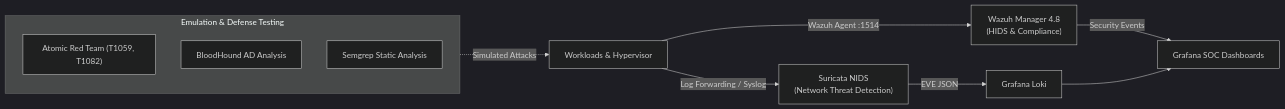
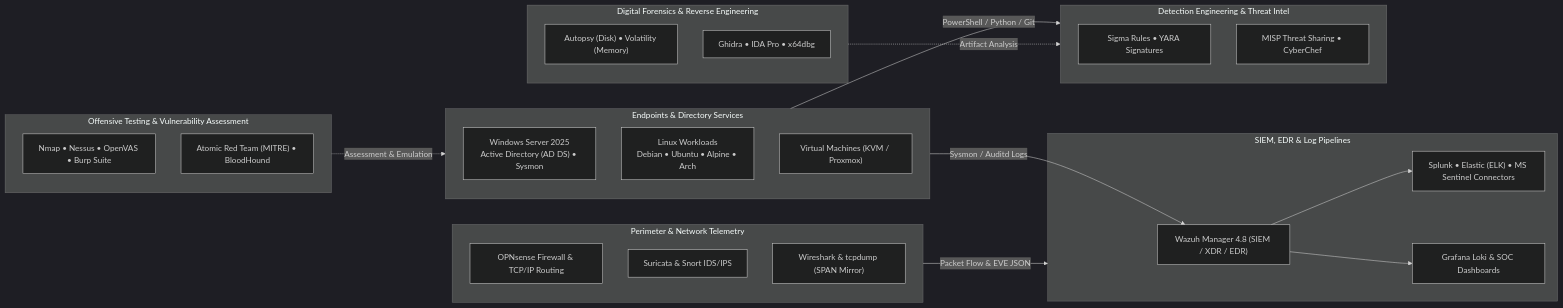
Before and after one commit to stefanutc1/datacenter: the fourth of 5 diagrams in README.md, drawn with Mermaid (dark theme). The commit also changed other lines of this file and 4 other files, not shown here.

First line of the commit message:
docs(cyber): integrate full cybersecurity, SIEM, and DFIR tool matrix

````diff
--- a/README.md
+++ b/README.md
@@ -357,16 +357,43 @@
 ```mermaid
 flowchart LR
-    Nodes["Workloads & Hypervisor"] -->|Log Forwarding / Syslog| Suricata["Suricata NIDS<br/>(Network Threat Detection)"]
-    Nodes -->|Wazuh Agent :1514| Wazuh["Wazuh Manager 4.8<br/>(HIDS & Compliance)"]
-    Suricata -->|EVE JSON| Loki["Grafana Loki"]
-    Wazuh -->|Security Events| Grafana["Grafana SOC Dashboards"]
-    Loki --> Grafana
-    
-    subgraph OffensiveTesting["Emulation & Defense Testing"]
-        Atomic["Atomic Red Team (T1059, T1082)"]
-        BloodHound["BloodHound AD Analysis"]
-        Semgrep["Semgrep Static Analysis"]
+    subgraph Endpoints["Endpoints & Directory Services"]
+        WinAD["Windows Server 2025<br/>Active Directory (AD DS) • Sysmon"]
+        LinuxNodes["Linux Workloads<br/>Debian • Ubuntu • Alpine • Arch"]
+        VMs["Virtual Machines (KVM / Proxmox)"]
     end
-    
-    OffensiveTesting -.->|Simulated Attacks| Nodes
+
+    subgraph Perimeter["Perimeter & Network Telemetry"]
+        OPN["OPNsense Firewall & TCP/IP Routing"]
+        NIDS["Suricata & Snort IDS/IPS"]
+        Capture["Wireshark & tcpdump (SPAN Mirror)"]
+    end
+
+    subgraph SIEM_SOC["SIEM, EDR & Log Pipelines"]
+        Wazuh["Wazuh Manager 4.8 (SIEM / XDR / EDR)"]
+        SIEMs["Splunk • Elastic (ELK) • MS Sentinel Connectors"]
+        Loki["Grafana Loki & SOC Dashboards"]
+    end
+
+    subgraph Detection["Detection Engineering & Threat Intel"]
+        Rules["Sigma Rules • YARA Signatures"]
+        Intel["MISP Threat Sharing • CyberChef"]
+    end
+
+    subgraph DFIR["Digital Forensics & Reverse Engineering"]
+        Forensics["Autopsy (Disk) • Volatility (Memory)"]
+        Reversing["Ghidra • IDA Pro • x64dbg"]
+    end
+
+    subgraph OffSec["Offensive Testing & Vulnerability Assessment"]
+        Scanners["Nmap • Nessus • OpenVAS • Burp Suite"]
+        AdTesting["Atomic Red Team (MITRE) • BloodHound"]
+    end
+
+    Endpoints -->|Sysmon / Auditd Logs| Wazuh
+    Endpoints -->|PowerShell / Python / Git| Detection
+    Perimeter -->|Packet Flow & EVE JSON| SIEM_SOC
+    Wazuh --> SIEMs
+    Wazuh --> Loki
+    OffSec -.->|Assessment & Emulation| Endpoints
+    DFIR -.->|Artifact Analysis| Detection
 ```
````
